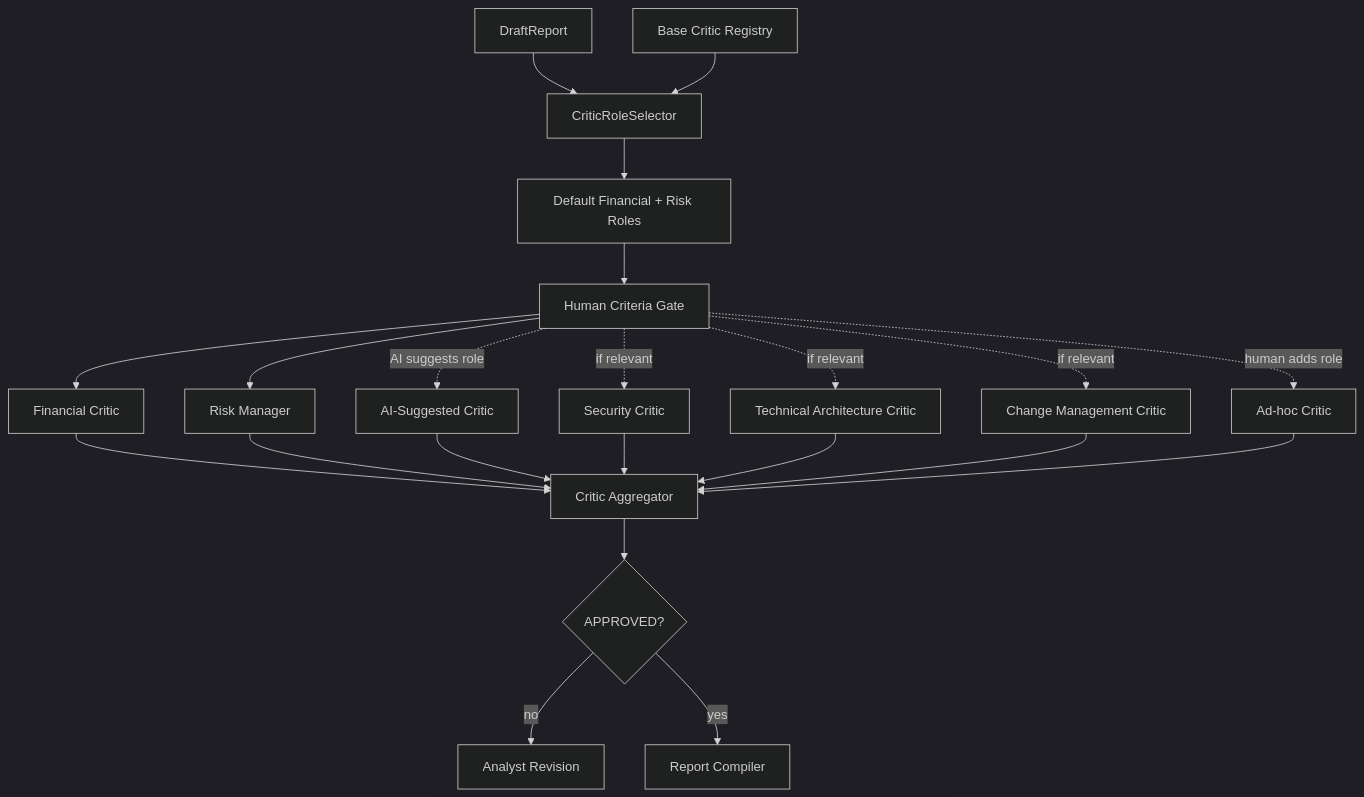
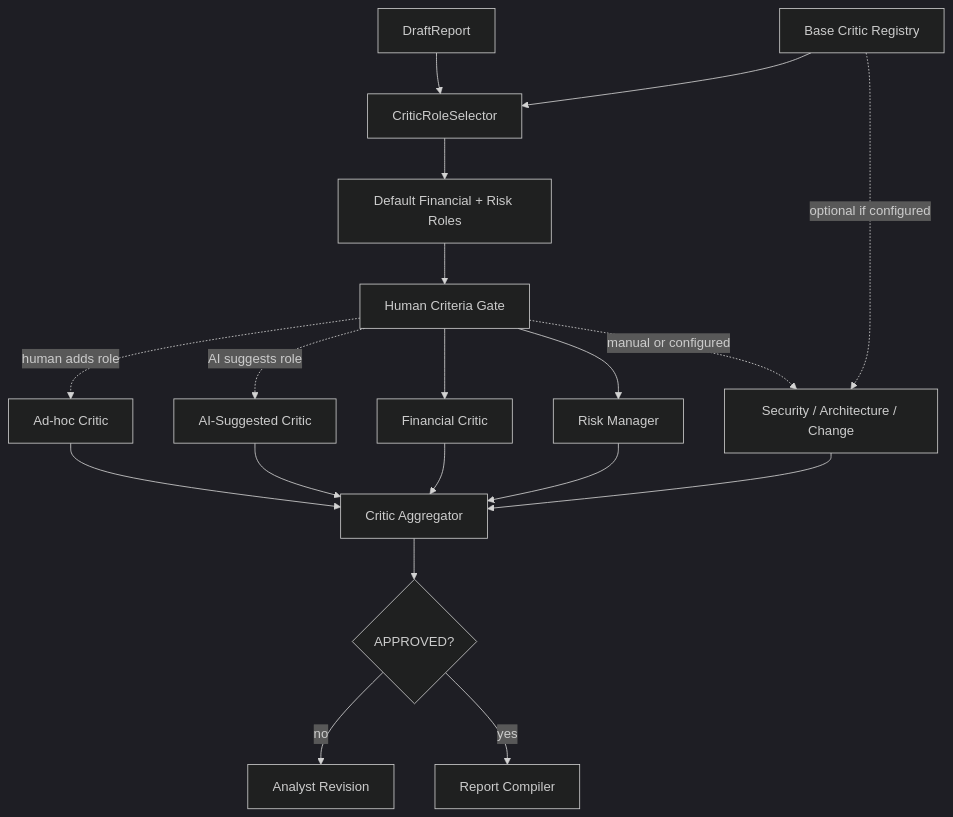
The third of 7 diagrams in course-project-market-analyst/uml_diagrams/COURSE_PROJECT_MARKET_ANALYST_MERMAID.md (Turkevich91/multi-agent-systems-robotdreams), drawn with Mermaid (dark theme) before and after one commit. The commit also changed other lines of this file and 8 other files, not shown here.

Commit message:
Align course project diagrams with runtime logic

````diff
--- a/course-project-market-analyst/uml_diagrams/COURSE_PROJECT_MARKET_ANALYST_MERMAID.md
+++ b/course-project-market-analyst/uml_diagrams/COURSE_PROJECT_MARKET_ANALYST_MERMAID.md
@@ -45,24 +46,21 @@
 ```mermaid
 flowchart TD
     Draft["DraftReport"] --> Selector["CriticRoleSelector"]
     Registry["Base Critic Registry"] --> Selector
+    Registry -. "optional if configured" .-> OptionalRoles["Security / Architecture / Change"]
     Selector --> Roles["Default Financial + Risk Roles"]
     Roles --> Human["Human Criteria Gate"]
     Human -. "human adds role" .-> Custom["Ad-hoc Critic"]
     Human -. "AI suggests role" .-> Suggested["AI-Suggested Critic"]
     Human --> Financial["Financial Critic"]
     Human --> Risk["Risk Manager"]
-    Human -. "if relevant" .-> Security["Security Critic"]
-    Human -. "if relevant" .-> Architecture["Technical Architecture Critic"]
-    Human -. "if relevant" .-> Change["Change Management Critic"]
+    Human -. "manual or configured" .-> OptionalRoles
     Financial --> Aggregate["Critic Aggregator"]
     Risk --> Aggregate
     Suggested --> Aggregate
-    Security --> Aggregate
-    Architecture --> Aggregate
-    Change --> Aggregate
+    OptionalRoles --> Aggregate
     Custom --> Aggregate
     Aggregate --> Verdict{"APPROVED?"}
     Verdict -- "no" --> Revision["Analyst Revision"]
     Verdict -- "yes" --> Compiler["Report Compiler"]
 ```
````
